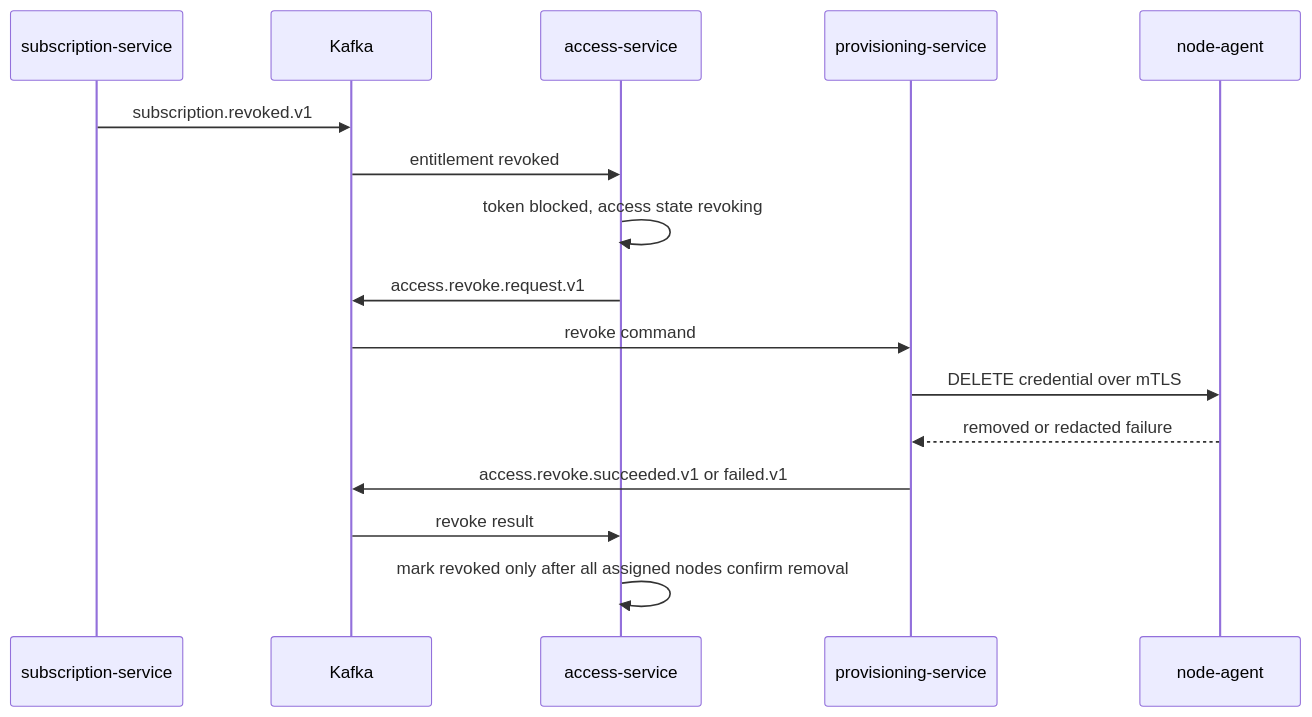
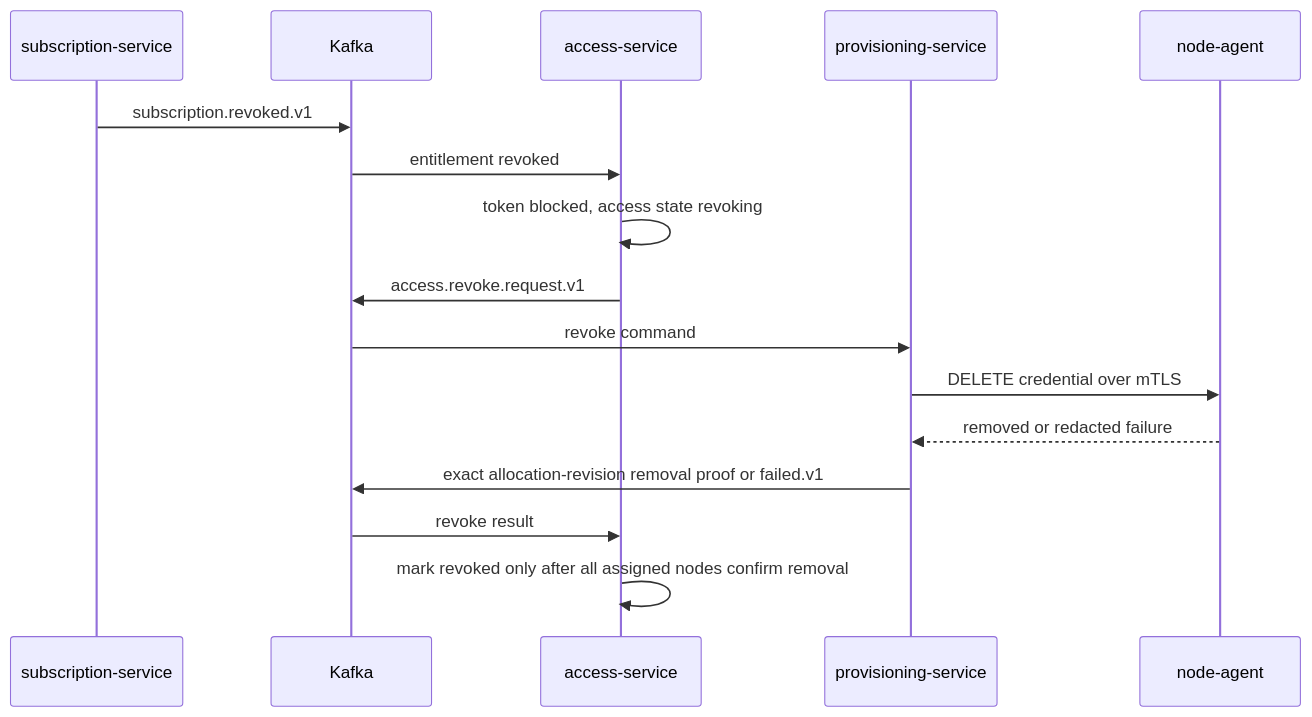
One commit to ZheglY/vpn-platform changed the sixth of 6 diagrams in docs/architecture.md. Above: the diagram before and after it, drawn with Mermaid. The commit also changed other lines of this file and 48 other files, not shown here.

Commit message:
fix(access): harden stage 5 ordering and revoke

````diff
--- a/docs/architecture.md
+++ b/docs/architecture.md
@@ -257,19 +259,19 @@
 ```mermaid
 sequenceDiagram
     participant Sub as subscription-service
     participant Kafka
     participant Access as access-service
     participant Prov as provisioning-service
     participant Agent as node-agent
 
     Sub->>Kafka: subscription.revoked.v1
     Kafka->>Access: entitlement revoked
     Access->>Access: token blocked, access state revoking
     Access->>Kafka: access.revoke.request.v1
     Kafka->>Prov: revoke command
     Prov->>Agent: DELETE credential over mTLS
     Agent-->>Prov: removed or redacted failure
-    Prov->>Kafka: access.revoke.succeeded.v1 or failed.v1
+    Prov->>Kafka: exact allocation-revision removal proof or failed.v1
     Kafka->>Access: revoke result
     Access->>Access: mark revoked only after all assigned nodes confirm removal
 ```
````
